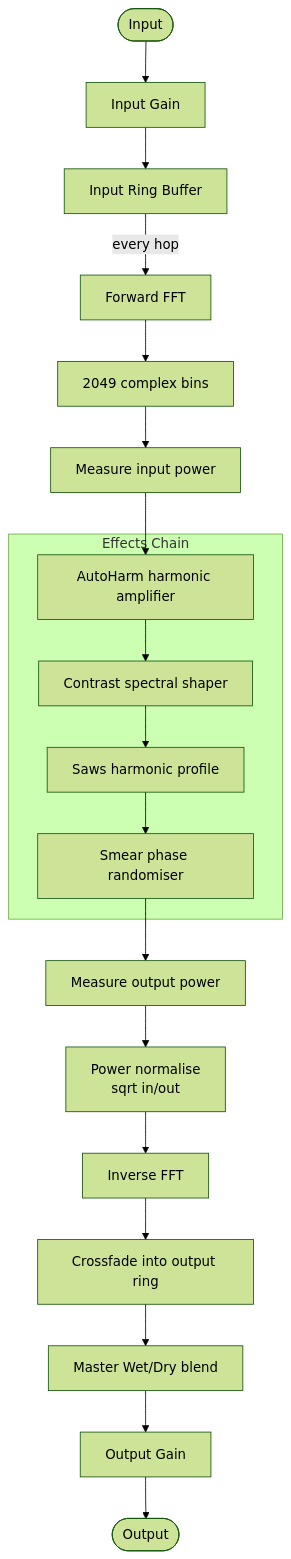
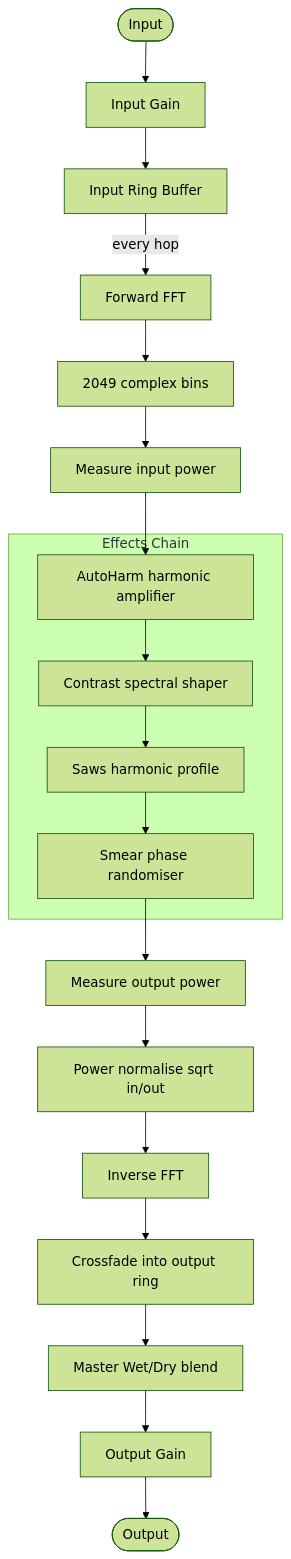
Before and after one commit to cloph-dsp/CognitoniBlkFx: the diagram in README.md, drawn with Mermaid (forest theme). The commit also changed other lines of this file and 3 other files, not shown here.

````diff
--- a/README.md
+++ b/README.md
@@ -30,25 +30,25 @@
 ```mermaid
 flowchart TD
     IN([Input]) --> IGAIN[Input Gain]
     IGAIN --> IBUF[Input Ring Buffer]
     IBUF -->|every hop| FFT[Forward FFT]
     FFT --> BINS[2049 complex bins]
     BINS --> IPWR[Measure input power]
     IPWR --> AH
 
     subgraph FX [Effects Chain]
         AH[AutoHarm harmonic amplifier]
         CT[Contrast spectral shaper]
         SW[Saws harmonic profile]
         SM[Smear phase randomiser]
         AH --> CT --> SW --> SM
     end
 
     SM --> OPWR[Measure output power]
-    OPWR --> NORM[Power normalise\nsqrt in/out]
+    OPWR --> NORM[Power normalise sqrt in/out]
     NORM --> IFFT[Inverse FFT]
     IFFT --> XFADE[Crossfade into output ring]
     XFADE --> MIX[Master Wet/Dry blend]
     MIX --> OGAIN[Output Gain]
     OGAIN --> OUT([Output])
 ```
````
